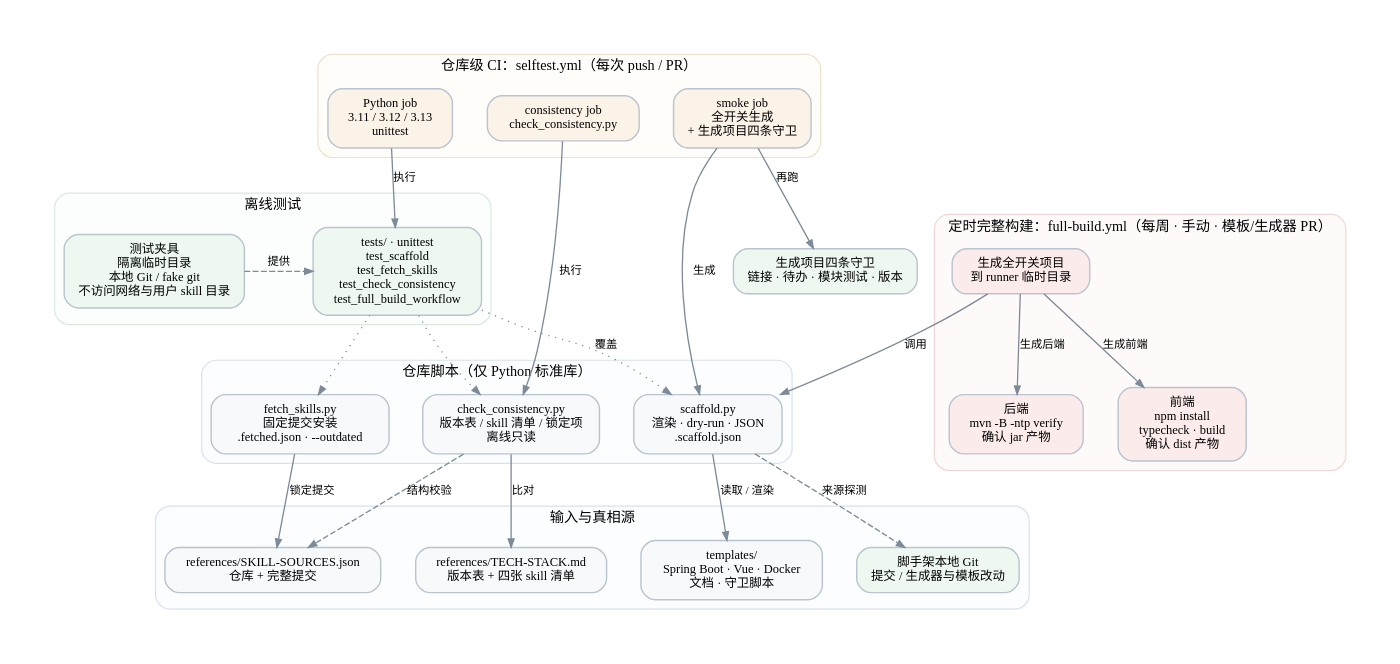
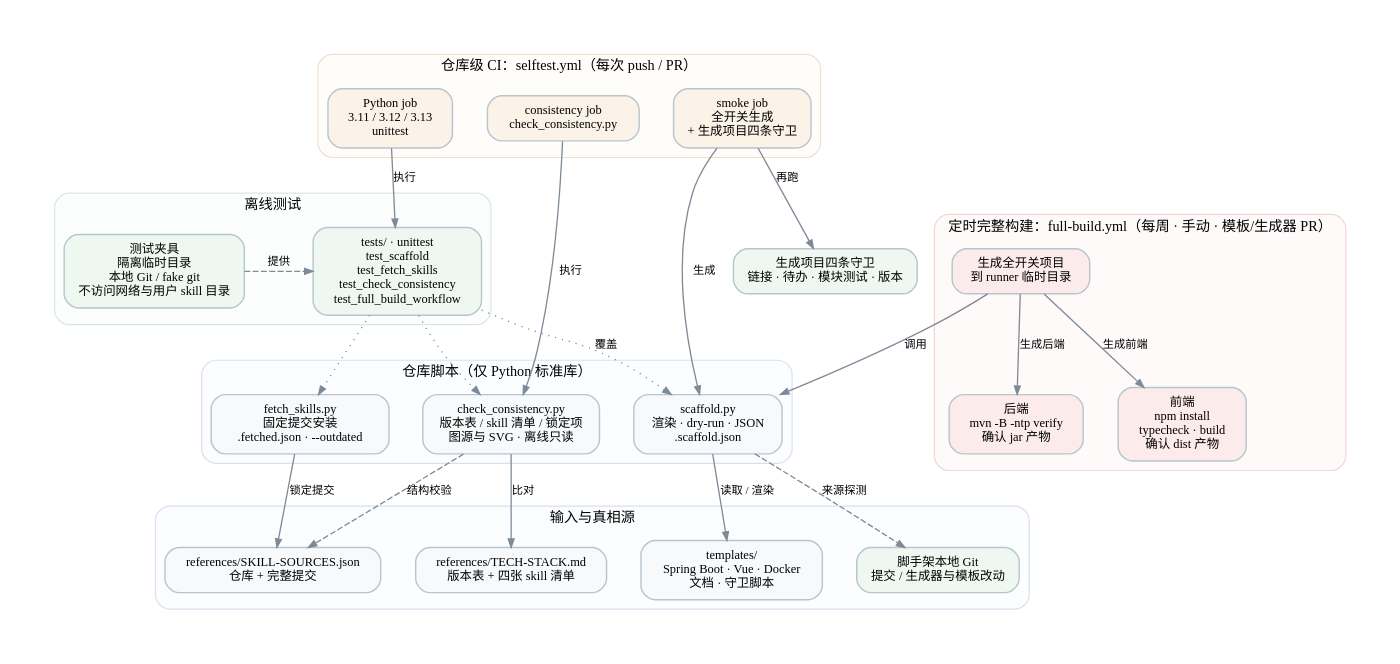
The diagram in references/architecture-selftest.dot (hhh666hhh666/project-scaffold), drawn with Graphviz before and after one commit. The commit also changed 9 other files, not shown here.

First line of the commit message:
test(docs): 增加架构图防漂移检查

```diff
--- a/references/architecture-selftest.dot
+++ b/references/architecture-selftest.dot
@@ -1,111 +1,111 @@
 digraph selftest {
   graph [
     rankdir=TB,
     fontname="Microsoft YaHei",
     fontsize=13,
     bgcolor="#ffffff",
     pad=0.42,
     nodesep=0.4,
     ranksep=0.55,
     splines=spline
   ];
   node [
     shape=box,
     style="rounded,filled",
     fontname="Microsoft YaHei",
     fontsize=10.5,
     color="#b9c4cf",
     fillcolor="#f7f9fb",
     penwidth=1.2,
     margin="0.15,0.10"
   ];
   edge [
     color="#7d8a97",
     fontname="Microsoft YaHei",
     fontsize=9.5,
     arrowsize=0.7,
     penwidth=1.1
   ];
 
   subgraph cluster_ci {
     label="仓库级 CI：selftest.yml（每次 push / PR）";
     fontsize=12;
     color="#efe1cf";
     style="rounded,filled";
     fillcolor="#fffdf9";
     pyjob [label="Python job\n3.11 / 3.12 / 3.13\nunittest", fillcolor="#fbf3e8"];
     consjob [label="consistency job\ncheck_consistency.py", fillcolor="#fbf3e8"];
     smokejob [label="smoke job\n全开关生成\n+ 生成项目四条守卫", fillcolor="#fbf3e8"];
     { rank=same; pyjob; consjob; smokejob; }
   }
 
   subgraph cluster_full {
     label="定时完整构建：full-build.yml（每周 · 手动 · 模板/生成器 PR）";
     fontsize=12;
     color="#efd7d7";
     style="rounded,filled";
     fillcolor="#fffafa";
     fullgen [label="生成全开关项目\n到 runner 临时目录", fillcolor="#fbebeb"];
     fullback [label="后端\nmvn -B -ntp verify\n确认 jar 产物", fillcolor="#fbebeb"];
     fullfront [label="前端\nnpm install\ntypecheck · build\n确认 dist 产物", fillcolor="#fbebeb"];
     { rank=same; fullback; fullfront; }
   }
 
   subgraph cluster_tests {
     label="离线测试";
     fontsize=12;
     color="#d9e9de";
     style="rounded,filled";
     fillcolor="#fbfefc";
     fixtures [label="测试夹具\n隔离临时目录\n本地 Git / fake git\n不访问网络与用户 skill 目录", fillcolor="#eef8f1"];
     unit [label="tests/ · unittest\ntest_scaffold\ntest_fetch_skills\ntest_check_consistency\ntest_full_build_workflow", fillcolor="#eef8f1"];
     { rank=same; fixtures; unit; }
   }
 
   subgraph cluster_scripts {
     label="仓库脚本（仅 Python 标准库）";
     fontsize=12;
     color="#d7e2ee";
     style="rounded,filled";
     fillcolor="#fbfdff";
     scaffold [label="scaffold.py\n渲染 · dry-run · JSON\n.scaffold.json"];
     fetch [label="fetch_skills.py\n固定提交安装\n.fetched.json · --outdated"];
-    check [label="check_consistency.py\n版本表 / skill 清单 / 锁定项\n离线只读"];
+    check [label="check_consistency.py\n版本表 / skill 清单 / 锁定项\n图源与 SVG · 离线只读"];
     { rank=same; scaffold; fetch; check; }
   }
 
   subgraph cluster_inputs {
     label="输入与真相源";
     fontsize=12;
     color="#d7e2ee";
     style="rounded,filled";
     fillcolor="#fbfdff";
     templates [label="templates/\nSpring Boot · Vue · Docker\n文档 · 守卫脚本"];
     versions [label="references/TECH-STACK.md\n版本表 + 四张 skill 清单"];
     sources [label="references/SKILL-SOURCES.json\n仓库 + 完整提交"];
     localgit [label="脚手架本地 Git\n提交 / 生成器与模板改动", fillcolor="#eef8f1"];
     { rank=same; templates; versions; sources; localgit; }
   }
 
   guards [label="生成项目四条守卫\n链接 · 待办 · 模块测试 · 版本", fillcolor="#eef8f1"];
 
   pyjob -> unit [label="执行"];
   consjob -> check [label="执行"];
   smokejob -> scaffold [label="生成"];
   smokejob -> guards [label="再跑"];
 
   fullgen -> fullback [label="生成后端"];
   fullgen -> fullfront [label="生成前端"];
   fullgen -> scaffold [label="调用"];
 
   fixtures -> unit [style=dashed, label="提供"];
   unit -> scaffold [style=dotted, label="覆盖"];
   unit -> fetch [style=dotted];
   unit -> check [style=dotted];
 
   scaffold -> templates [label="读取 / 渲染"];
   scaffold -> localgit [style=dashed, label="来源探测"];
   fetch -> sources [label="锁定提交"];
   check -> versions [label="比对"];
   check -> sources [style=dashed, label="结构校验"];
 }
```
